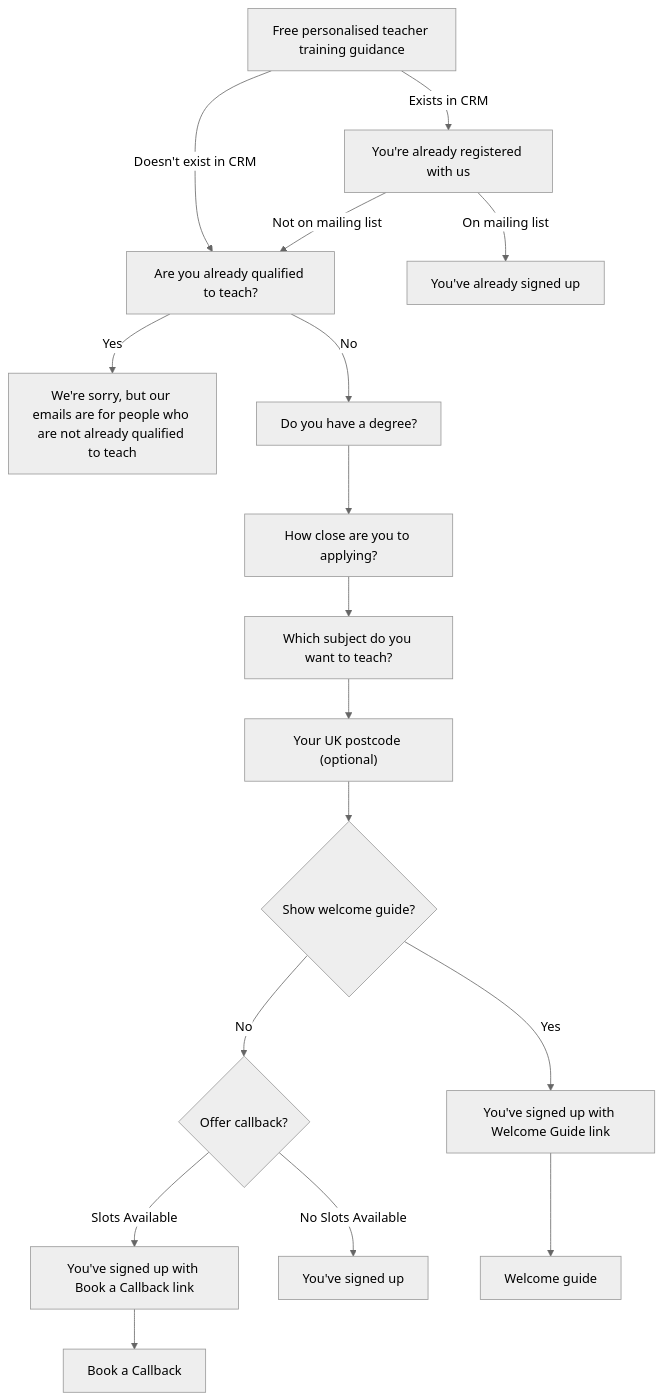
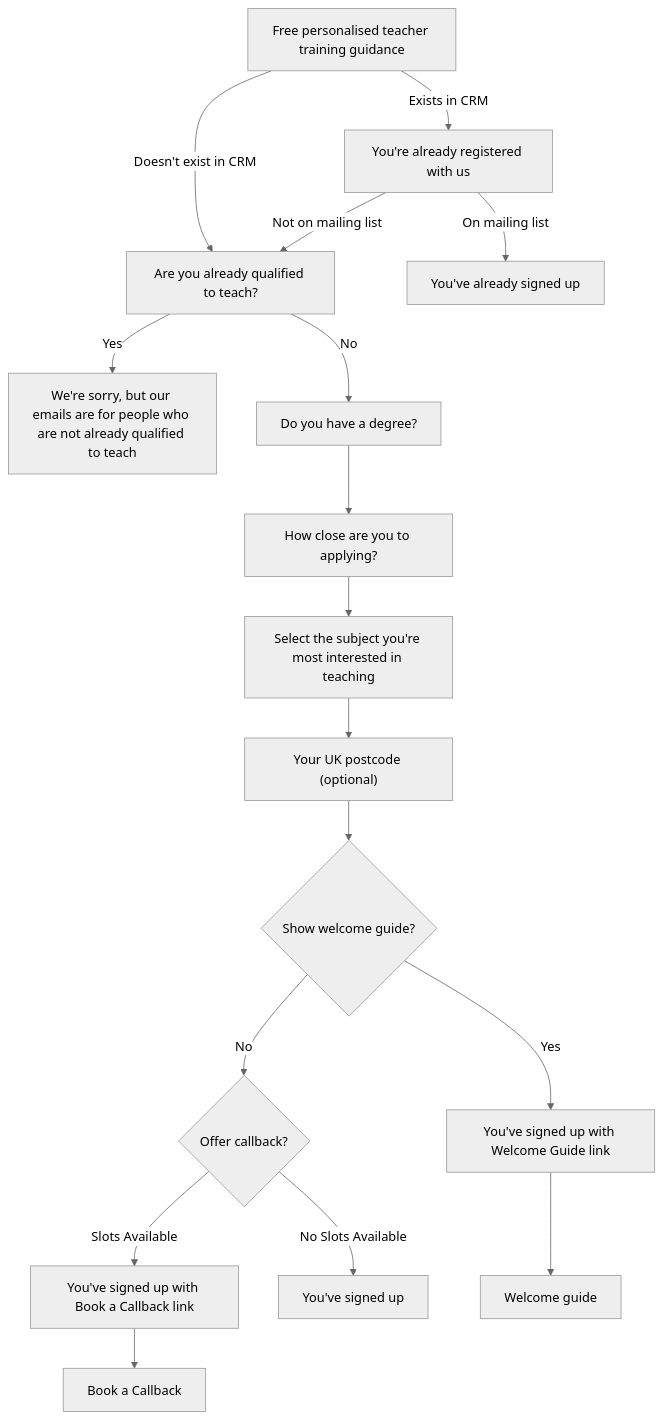
One commit to DFE-Digital/get-into-teaching-app changed the first of 3 diagrams in docs/sign-up-journeys.md. Above: the diagram before and after it, drawn with Mermaid (neutral theme). The commit also changed 4 other files, not shown here.

````diff
--- a/docs/sign-up-journeys.md
+++ b/docs/sign-up-journeys.md
@@ -7,28 +7,28 @@
 ```mermaid
 graph TD;
   name[Free personalised teacher training guidance] -- Doesn't exist in CRM --> returning_teacher[Are you already qualified to teach?]
   name -- Exists in CRM --> authenticate[You're already registered with us]
   
   returning_teacher -- Yes --> already_qualified[We're sorry, but our emails are for people who are not already qualified to teach]
   returning_teacher -- No --> degree_status[Do you have a degree?]
 
   authenticate -- Not on mailing list --> returning_teacher
   authenticate -- On mailing list --> signed_up_already[You've already signed up]
   degree_status --> teacher_training[How close are you to applying?]
   
-  teacher_training --> subject[Which subject do you want to teach?]
+  teacher_training --> subject[Select the subject you're most interested in teaching]
 
   subject --> postcode["Your UK postcode (optional)"]
   
   postcode --> show_welcome_guide{Show welcome guide?}
   
   show_welcome_guide -- Yes --> completed_with_welcome_guide[You've signed up with Welcome Guide link]
   show_welcome_guide -- No --> offer_callback{Offer callback?}
   
   offer_callback -- Slots Available --> completed_with_callback["You've signed up with Book a Callback link"]
   offer_callback -- No Slots Available --> completed[You've signed up] 
 
   completed_with_welcome_guide --> welcome_guide[Welcome guide]
 
   completed_with_callback --> book_a_callback[Book a Callback]
 ```
````
